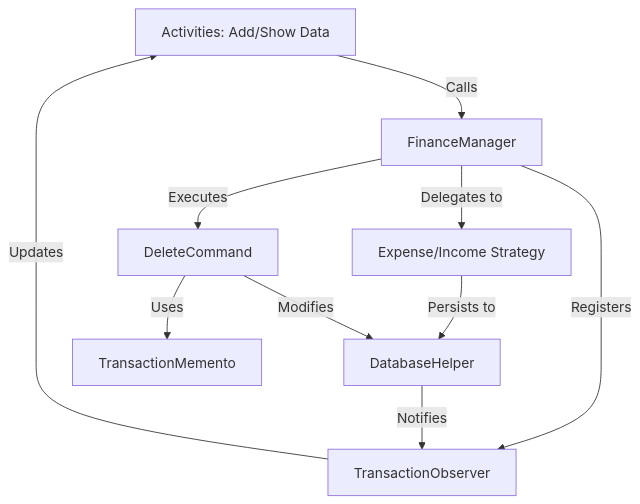
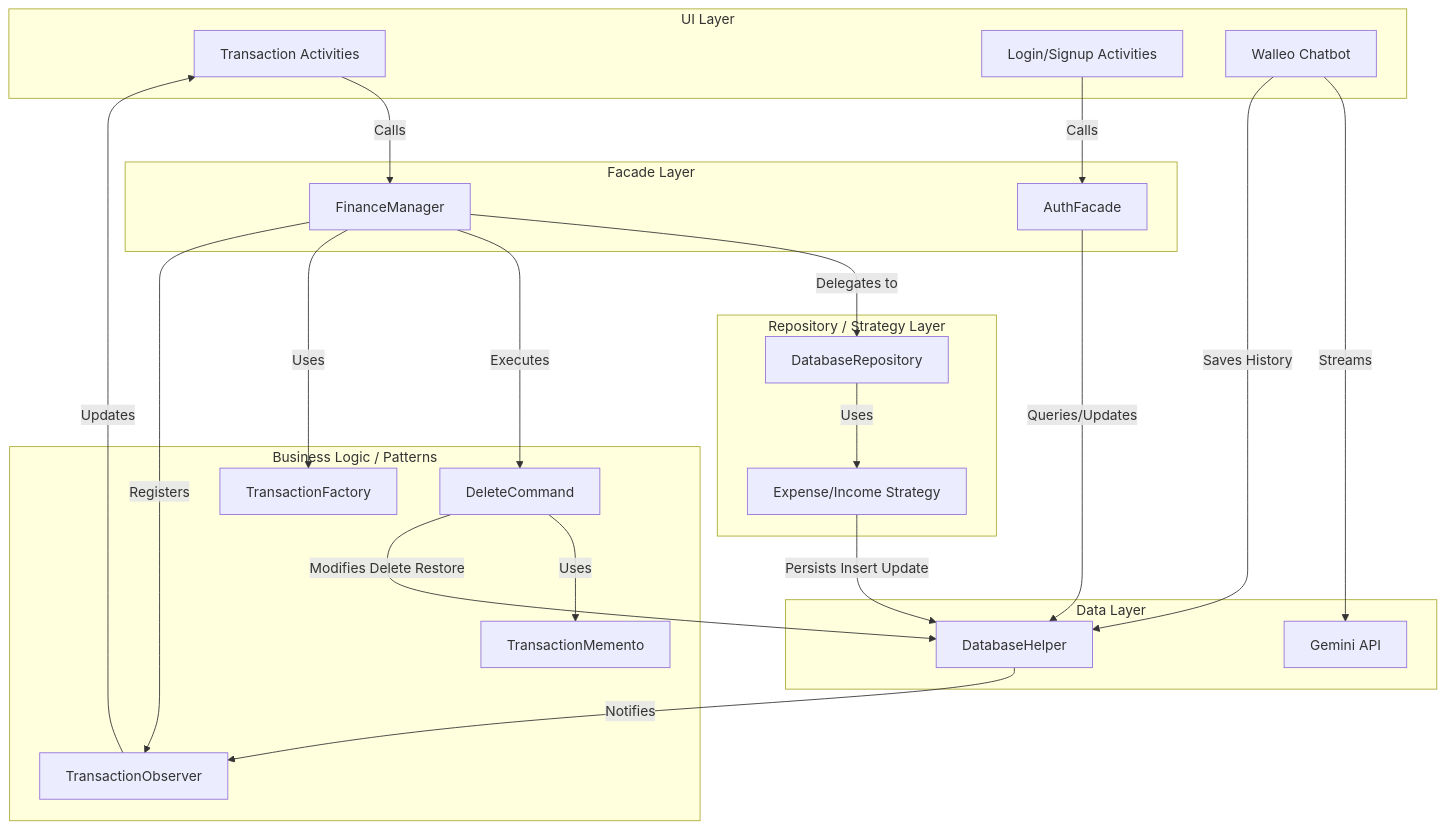
Before and after one commit to amisadman/aybay: the diagram in README.md, drawn with Mermaid.

Commit message:
Add layers to Data Flow Diagram in README
Expanded the Data Flow Diagram to include detailed layers for UI, Facade, Repository, Business Logic, and Data.

````diff
--- a/README.md
+++ b/README.md
@@ -46,14 +46,55 @@
 ```mermaid
 graph TD
-    UI[Activities: Add/Show Data] -->|Calls| Facade[FinanceManager]
-    Facade -->|Delegates to| Strategy[Expense/Income Strategy]
-    Facade -->|Executes| Command[DeleteCommand]
-    Facade -->|Registers| Observer[TransactionObserver]
-    
-    Strategy -->|Persists to| DB[DatabaseHelper]
-    Command -->|Uses| Memento[TransactionMemento]
-    Command -->|Modifies| DB
-    
+    subgraph "UI Layer"
+        UI_Trans[Transaction Activities]
+        UI_Auth[Login/Signup Activities]
+        UI_Chat[Walleo Chatbot]
+    end
+
+    subgraph "Facade Layer"
+        FinMgr[FinanceManager]
+        AuthMgr[AuthFacade]
+    end
+
+    subgraph "Repository / Strategy Layer"
+        Repo[DatabaseRepository]
+        Strategy[Expense/Income Strategy]
+    end
+
+    subgraph "Business Logic / Patterns"
+        Command[DeleteCommand]
+        Memento[TransactionMemento]
+        Observer[TransactionObserver]
+        Factory[TransactionFactory]
+    end
+
+    subgraph "Data Layer"
+        DB[DatabaseHelper]
+        ExtAPI[Gemini API]
+    end
+
+    %% Transaction Flow
+    UI_Trans -->|Calls| FinMgr
+    FinMgr -->|Delegates to| Repo
+    Repo -->|Uses| Strategy
+    Strategy -->|Persists Insert Update| DB
+
+    FinMgr -->|Executes| Command
+    FinMgr -->|Uses| Factory
+    FinMgr -->|Registers| Observer
+
+    Command -->|Uses| Memento
+    Command -->|Modifies Delete Restore| DB
+
     DB -->|Notifies| Observer
-    Observer -->|Updates| UI
+    Observer -->|Updates| UI_Trans
+
+    %% Authentication Flow
+    UI_Auth -->|Calls| AuthMgr
+    AuthMgr -->|Queries/Updates| DB
+
+    %% Chatbot Flow
+    UI_Chat -->|Streams| ExtAPI
+    UI_Chat -->|Saves History| DB
+
 ```
````
